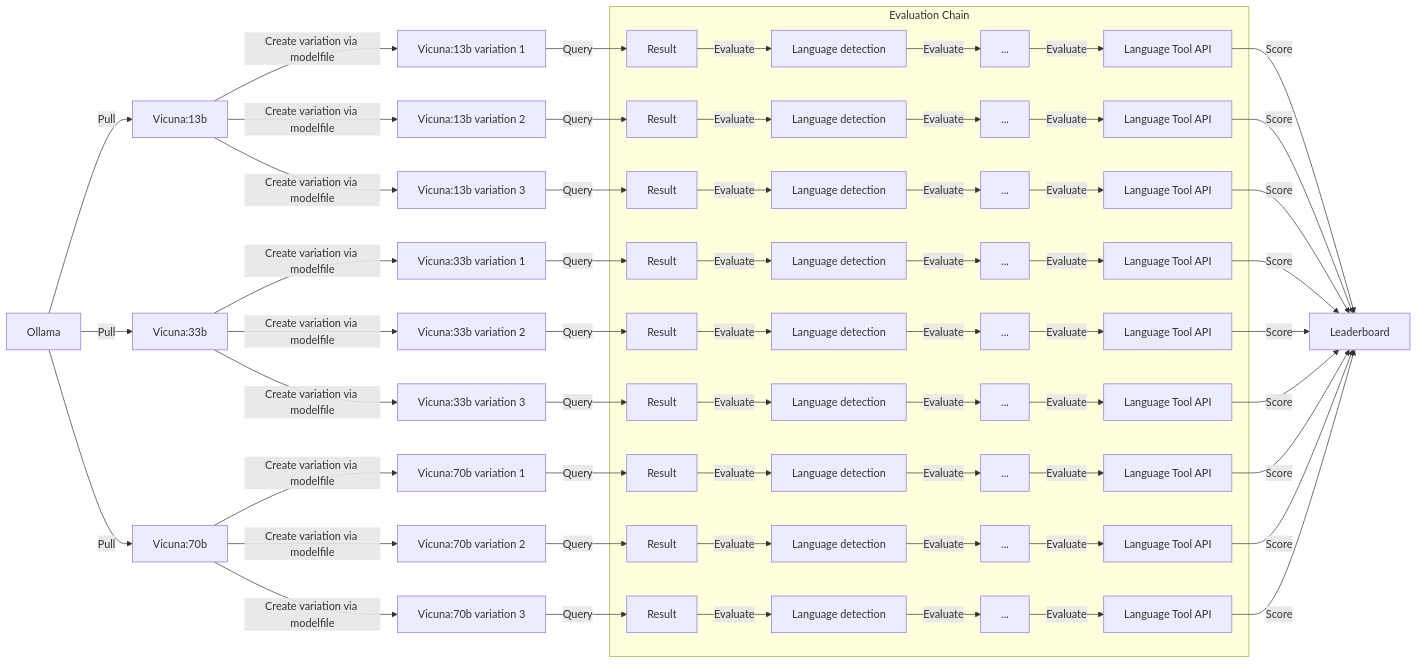
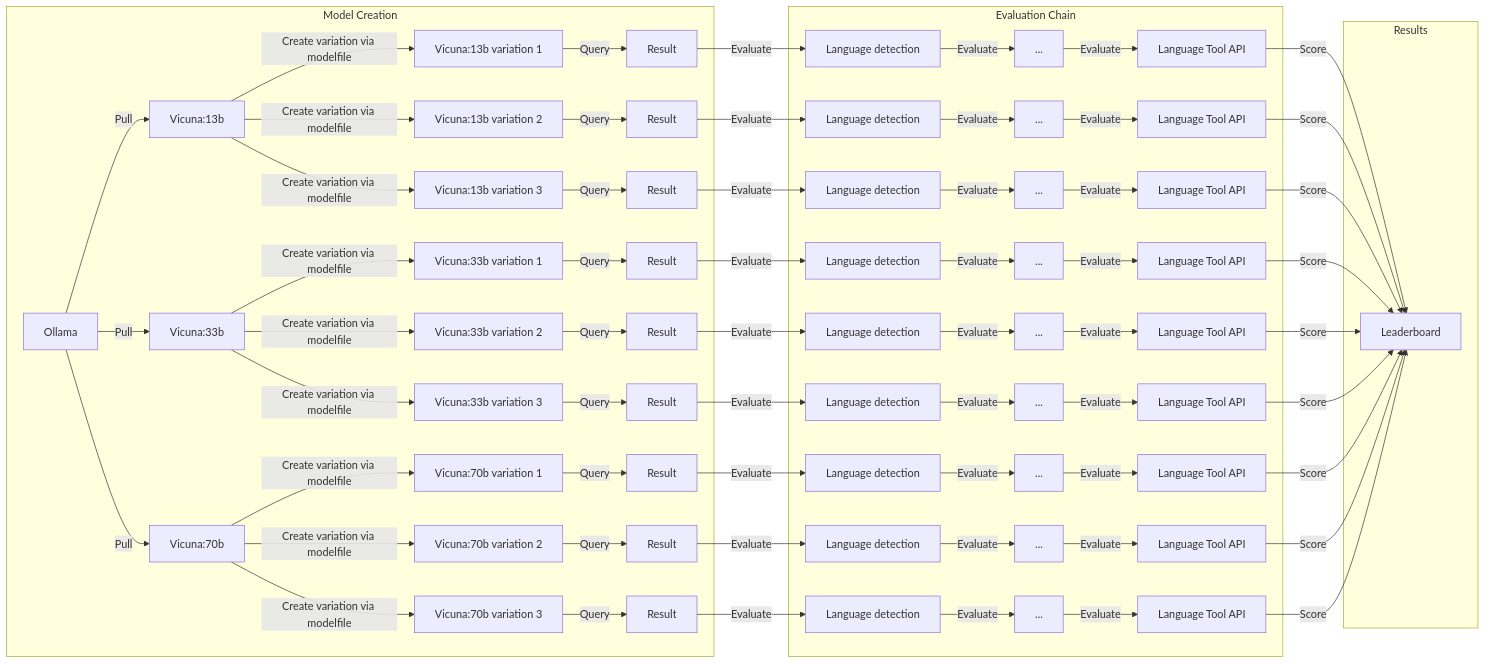
The diagram in README.md (nshern/dallama), drawn with Mermaid before and after one commit.

````diff
--- a/README.md
+++ b/README.md
@@ -7,70 +7,74 @@
 ```mermaid
 flowchart LR
+subgraph Model Creation
 A[Ollama] --Pull--> B[Vicuna:13b]
 A[Ollama] --Pull--> C[Vicuna:33b]
 A[Ollama] --Pull--> D[Vicuna:70b]
 
 B[Vicuna:13b] --Create variation via modelfile-->E[Vicuna:13b variation 1]
 C[Vicuna:33b] --Create variation via modelfile-->F[Vicuna:33b variation 1]
 D[Vicuna:70b] --Create variation via modelfile-->G[Vicuna:70b variation 1]
 B[Vicuna:13b] --Create variation via modelfile-->H[Vicuna:13b variation 2]
 C[Vicuna:33b] --Create variation via modelfile-->I[Vicuna:33b variation 2]
 D[Vicuna:70b] --Create variation via modelfile-->J[Vicuna:70b variation 2]
 B[Vicuna:13b] --Create variation via modelfile-->K[Vicuna:13b variation 3]
 C[Vicuna:33b] --Create variation via modelfile-->L[Vicuna:33b variation 3]
 D[Vicuna:70b] --Create variation via modelfile-->M[Vicuna:70b variation 3]
 
 E -- Query --> AE[Result]
 F -- Query --> AF[Result]
 G -- Query --> AG[Result]
 H -- Query --> AH[Result]
 I -- Query --> AI[Result]
 J -- Query --> AJ[Result]
 K -- Query --> AK[Result]
 L -- Query --> AL[Result]
 M -- Query --> AM[Result]
+end
 
 subgraph Evaluation Chain
 AE -- Evaluate--> DN[Language detection]
 AF -- Evaluate--> DP[Language detection]
 AG -- Evaluate--> DQ[Language detection]
 AH -- Evaluate--> DR[Language detection]
 AI -- Evaluate--> DS[Language detection]
 AJ -- Evaluate--> DT[Language detection]
 AK -- Evaluate--> DU[Language detection]
 AL -- Evaluate--> DV[Language detection]
 AM -- Evaluate--> DW[Language detection]
 
 DN -- Evaluate --> AAA[...]
 DP -- Evaluate --> AAB[...]
 DQ -- Evaluate --> AAC[...]
 DR -- Evaluate --> AAD[...]
 DS -- Evaluate --> AAE[...]
 DT -- Evaluate --> AAF[...]
 DU -- Evaluate --> AAG[...]
 DV -- Evaluate --> AAH[...]
 DW -- Evaluate --> AAI[...]
 
 AAA -- Evaluate --> BA[Language Tool API]
 AAB -- Evaluate --> BB[Language Tool API]
 AAC -- Evaluate --> BC[Language Tool API]
 AAD -- Evaluate --> BD[Language Tool API]
 AAE -- Evaluate --> BE[Language Tool API]
 AAF -- Evaluate --> BF[Language Tool API]
 AAG -- Evaluate --> BG[Language Tool API]
 AAH -- Evaluate --> BH[Language Tool API]
 AAI -- Evaluate --> BI[Language Tool API]
 end
 
+subgraph Results
 BA -- Score --> CA[Leaderboard]
 BB -- Score --> CA[Leaderboard]
 BC -- Score --> CA[Leaderboard]
 BD -- Score --> CA[Leaderboard]
 BE -- Score --> CA[Leaderboard]
 BF -- Score --> CA[Leaderboard]
 BG -- Score --> CA[Leaderboard]
 BH -- Score --> CA[Leaderboard]
 BI -- Score --> CA[Leaderboard]
+end
 
 
 ```
````
